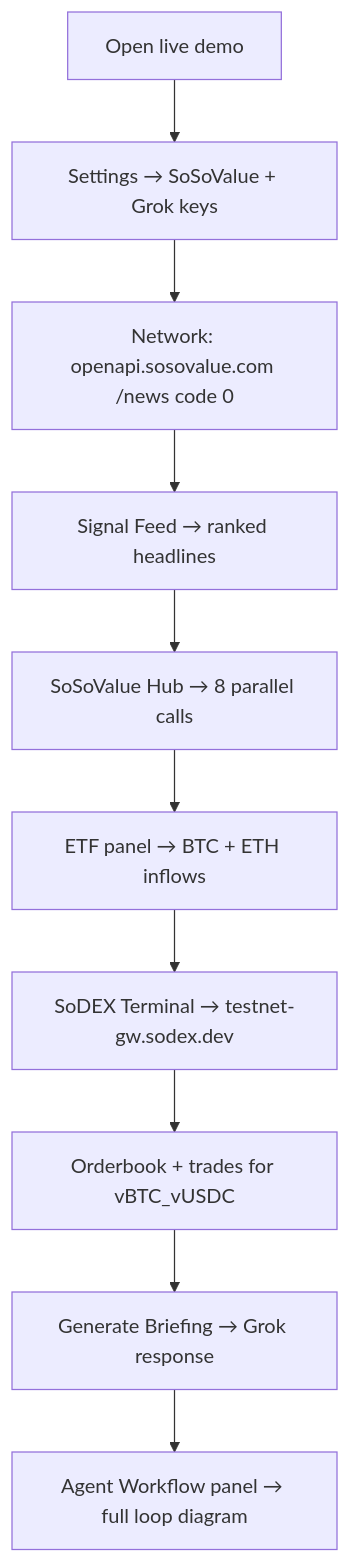
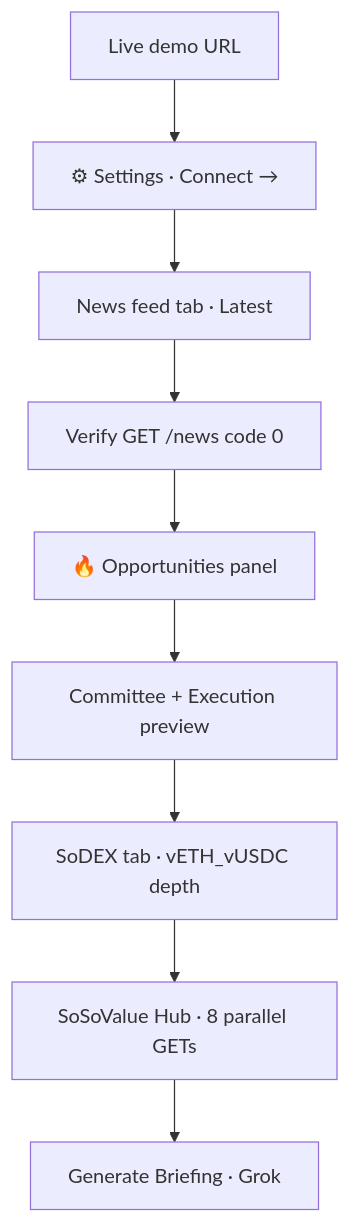
One commit to Nanle-code/CryptoDesk changed diagram 15 of 15 in cryptodesk/README.md. Above: the diagram before and after it, drawn with Mermaid. The commit also changed other lines of this file and 45 other files, not shown here.

First line of the commit message:
Ship Wave 3 frontend: opportunity discovery, judge demo, and execution scaffold.

````diff
--- a/cryptodesk/README.md
+++ b/cryptodesk/README.md
@@ -824,12 +987,11 @@
 ```mermaid
 flowchart TD
-    A[Open live demo] --> B[Settings → SoSoValue + Grok keys]
-    B --> C[Network: openapi.sosovalue.com /news code 0]
-    C --> D[Signal Feed → ranked headlines]
-    D --> E[SoSoValue Hub → 8 parallel calls]
-    E --> F[ETF panel → BTC + ETH inflows]
-    F --> G[SoDEX Terminal → testnet-gw.sodex.dev]
-    G --> H[Orderbook + trades for vBTC_vUSDC]
-    H --> I[Generate Briefing → Grok response]
-    I --> J[Agent Workflow panel → full loop diagram]
+    A[Live demo URL] --> B[⚙ Settings · Connect →]
+    B --> C[News feed tab · Latest]
+    C --> D[Verify GET /news code 0]
+    D --> E[🔥 Opportunities panel]
+    E --> F[Committee + Execution preview]
+    F --> G[SoDEX tab · vETH_vUSDC depth]
+    G --> H[SoSoValue Hub · 8 parallel GETs]
+    H --> I[Generate Briefing · Grok]
 ```
````
